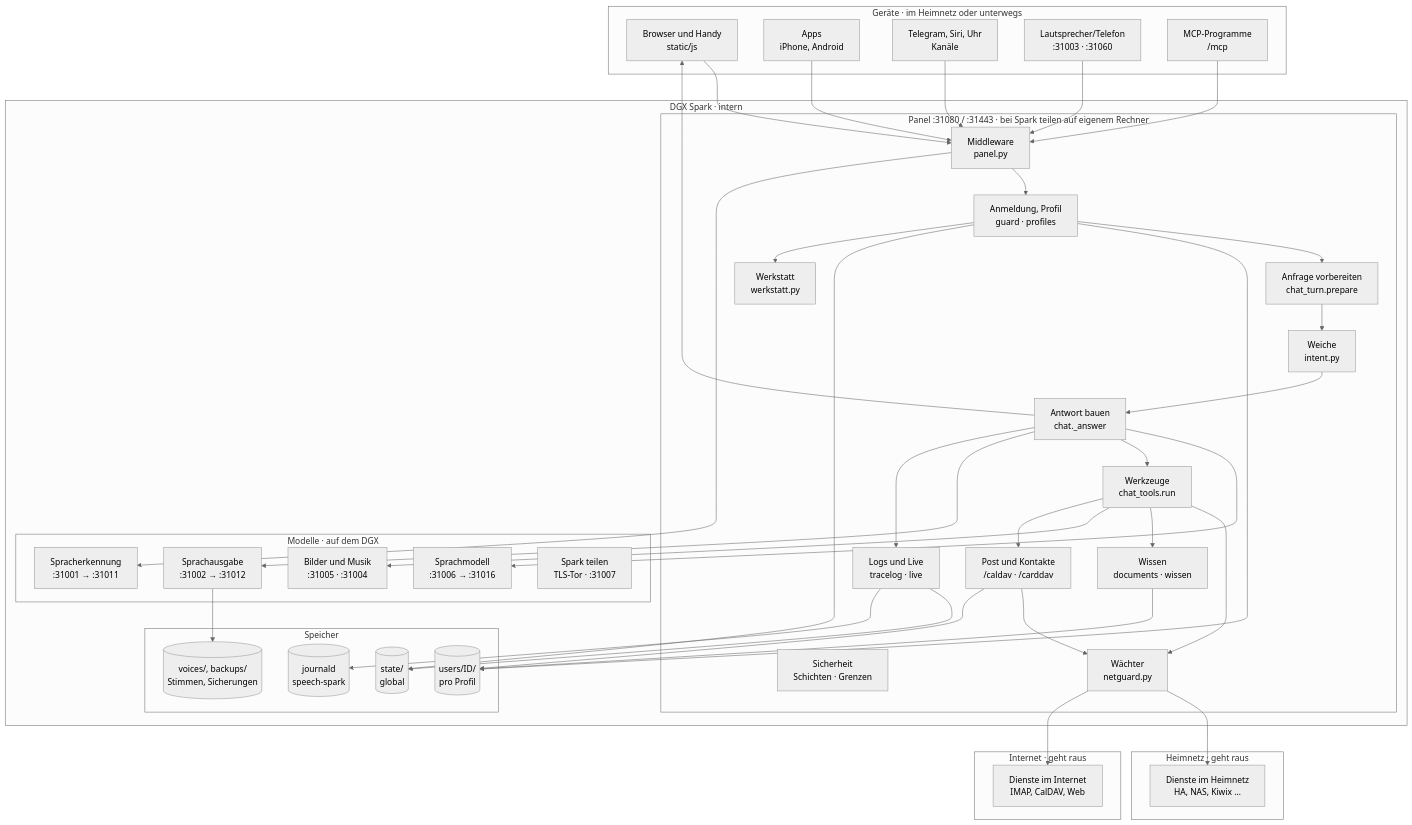
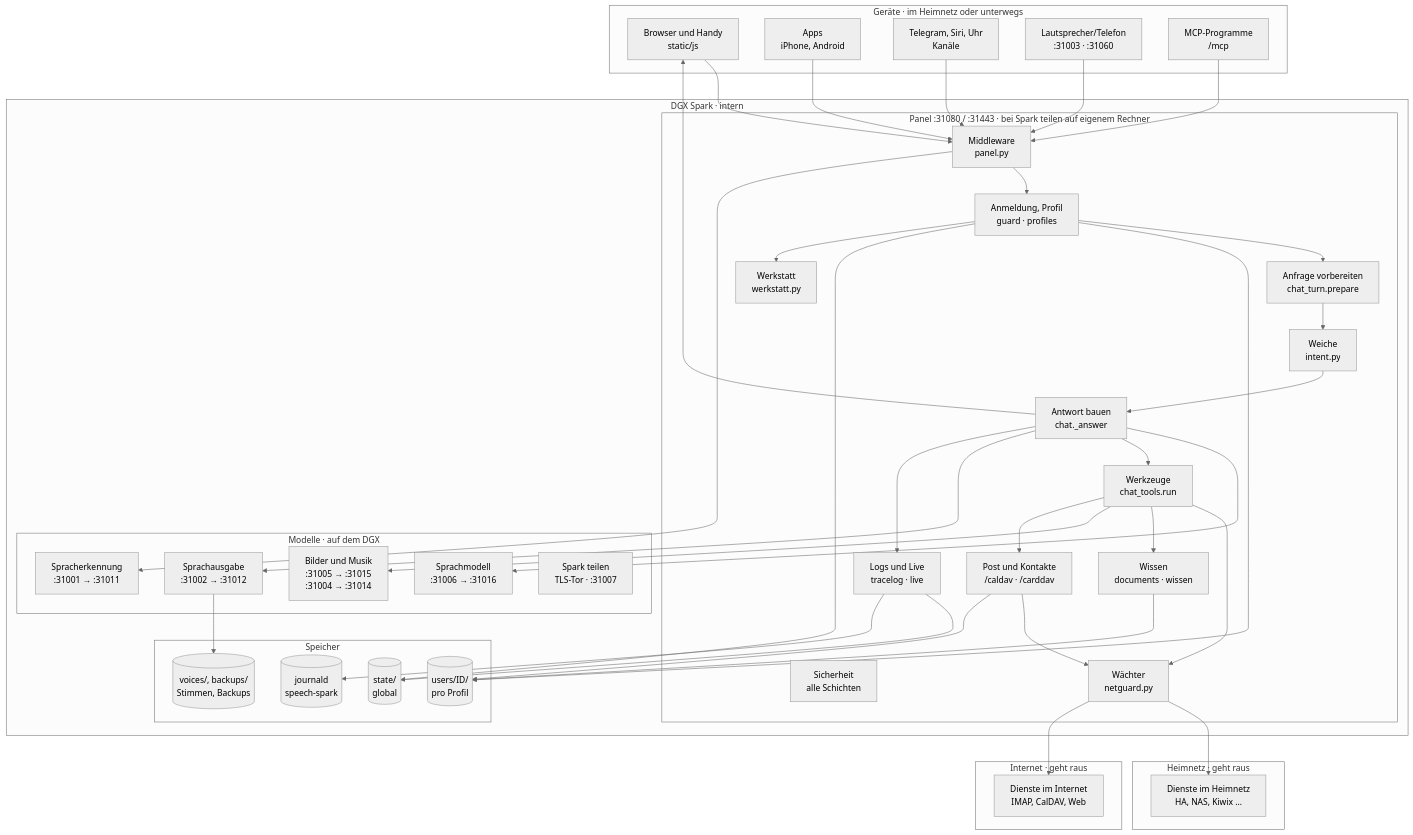
The first of 29 diagrams in docs/de/architektur.md (db9979/speech-on-dgx-spark), drawn with Mermaid (neutral theme) before and after one commit. The commit also changed 12 other files, not shown here.

````diff
--- a/docs/de/architektur.md
+++ b/docs/de/architektur.md
@@ -16,75 +16,75 @@
 ```mermaid
 flowchart TB
   subgraph z_geraete["Geräte · im Heimnetz oder unterwegs"]
     geraet["Browser und Handy<br/>static/js"]
     apps["Apps<br/>iPhone, Android"]
     kanaele["Telegram, Siri, Uhr<br/>Kanäle"]
     lautsprecher["Lautsprecher/Telefon<br/>:31003 · :31060"]
     mcpc["MCP-Programme<br/>/mcp"]
   end
   subgraph z_spark["DGX Spark · intern"]
     subgraph z_panel["Panel :31080 / :31443 · bei Spark teilen auf eigenem Rechner"]
       middleware["Middleware<br/>panel.py"]
-      sicherheit["Sicherheit<br/>Schichten · Grenzen"]
+      sicherheit["Sicherheit<br/>alle Schichten"]
       zugang["Anmeldung, Profil<br/>guard · profiles"]
       vorbereiten["Anfrage vorbereiten<br/>chat_turn.prepare"]
       weiche["Weiche<br/>intent.py"]
       antwort["Antwort bauen<br/>chat._answer"]
       werkzeuge["Werkzeuge<br/>chat_tools.run"]
       wissen["Wissen<br/>documents · wissen"]
       waechter["Wächter<br/>netguard.py"]
       betrieb["Logs und Live<br/>tracelog · live"]
       werkstatt["Werkstatt<br/>werkstatt.py"]
       post["Post und Kontakte<br/>/caldav · /carddav"]
     end
     subgraph z_modelle["Modelle · auf dem DGX"]
       llm["Sprachmodell<br/>:31006 → :31016"]
       asr["Spracherkennung<br/>:31001 → :31011"]
       tts["Sprachausgabe<br/>:31002 → :31012"]
-      bild["Bilder und Musik<br/>:31005 · :31004"]
+      bild["Bilder und Musik<br/>:31005 → :31015<br/>:31004 → :31014"]
       teilen["Spark teilen<br/>TLS-Tor · :31007"]
     end
     subgraph z_speicher["Speicher"]
       state[("state/<br/>global")]
       users[("users/ID/<br/>pro Profil")]
-      ablage[("voices/, backups/<br/>Stimmen, Sicherungen")]
+      ablage[("voices/, backups/<br/>Stimmen, Backups")]
       journal[("journald<br/>speech-spark")]
     end
   end
   subgraph z_heimnetz["Heimnetz · geht raus"]
     aussen["Dienste im Heimnetz<br/>HA, NAS, Kiwix …"]
   end
   subgraph z_internet["Internet · geht raus"]
     internet["Dienste im Internet<br/>IMAP, CalDAV, Web"]
   end
   geraet --> middleware
   apps --> middleware
   kanaele --> middleware
   lautsprecher --> middleware
   mcpc --> middleware
   middleware --> zugang
   middleware --> asr
   zugang --> vorbereiten
   vorbereiten --> weiche
   weiche --> antwort
   antwort --> llm
   antwort --> werkzeuge
   werkzeuge --> waechter
   waechter --> aussen
   waechter --> internet
   werkzeuge --> wissen
   antwort --> tts
   werkzeuge --> bild
   antwort --> geraet
   antwort --> betrieb
   betrieb --> state
   betrieb --> journal
   wissen --> users
   zugang --> users
   zugang --> state
   tts --> ablage
   zugang --> werkstatt
   werkzeuge --> post
   post --> waechter
   post --> users
 ```
````
